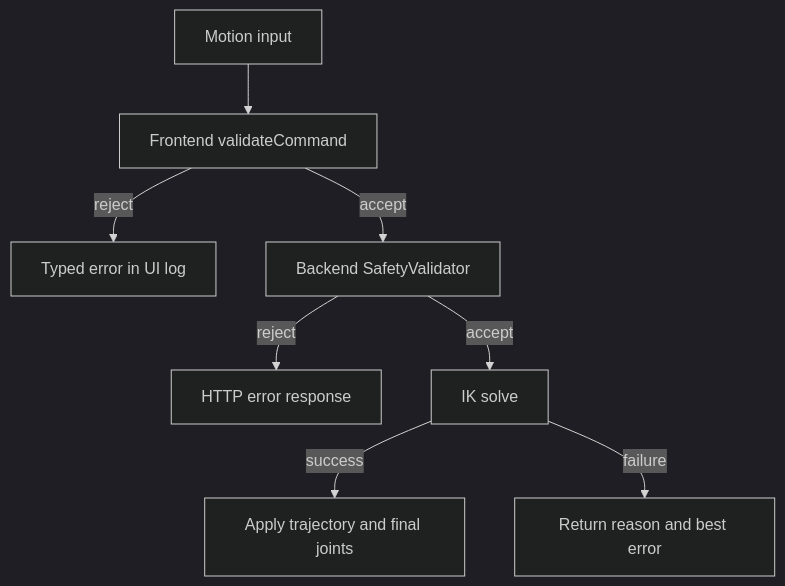
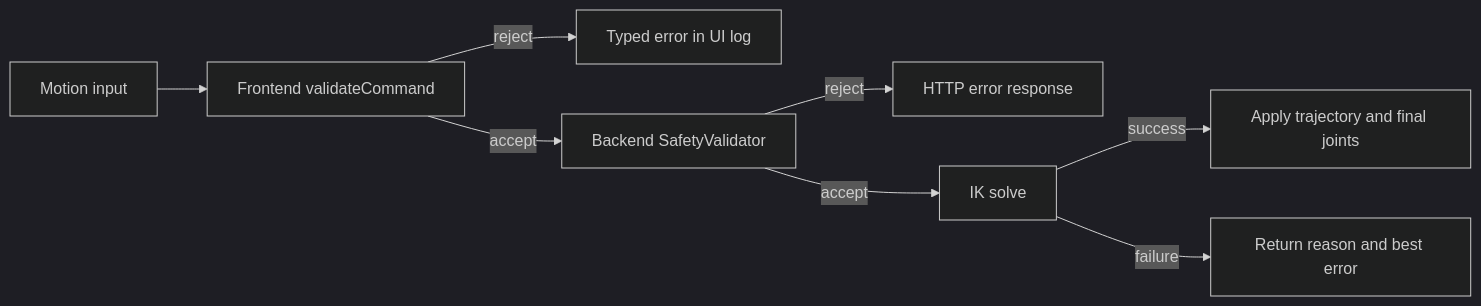
One commit to ShafayetSadi/iut-techathon-onsite changed the fourth of 4 diagrams in README.md. Above: the diagram before and after it, drawn with Mermaid (dark theme). The commit also changed other lines of this file, not shown here.

````diff
--- a/README.md
+++ b/README.md
@@ -349,10 +349,10 @@
 ```mermaid
-flowchart TD
+flowchart LR
     Input[Motion input] --> FrontendGate[Frontend validateCommand]
     FrontendGate -->|reject| UIError[Typed error in UI log]
     FrontendGate -->|accept| BackendGate[Backend SafetyValidator]
     BackendGate -->|reject| APIError[HTTP error response]
     BackendGate -->|accept| IK[IK solve]
     IK -->|success| Apply[Apply trajectory and final joints]
     IK -->|failure| Failure[Return reason and best error]
 ```
````
